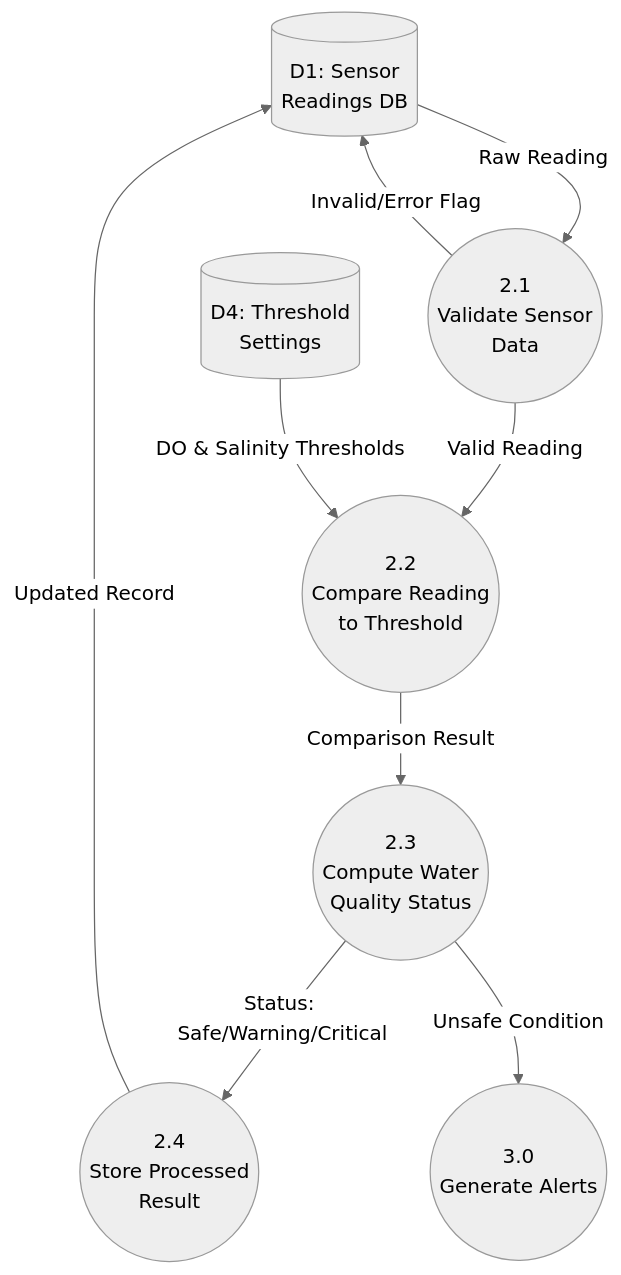
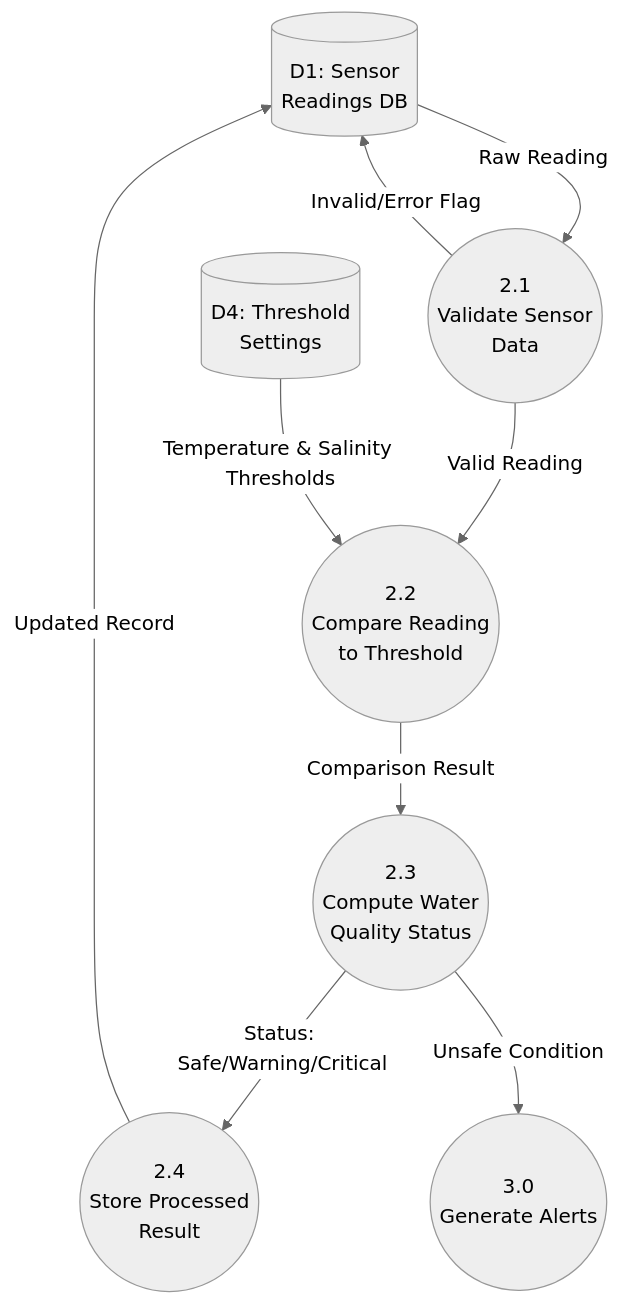
Before and after one commit to belarminoivan48-crypto/AquaTherm: the third of 3 diagrams in Graphs_and_Charts/01_DFD.md, drawn with Mermaid (neutral theme). The commit also changed other lines of this file and 6 other files, not shown here.

````diff
--- a/Graphs_and_Charts/01_DFD.md
+++ b/Graphs_and_Charts/01_DFD.md
@@ -66,21 +91,21 @@
 ```mermaid
 flowchart TD
     D1[(D1: Sensor<br/>Readings DB)]
     D4[(D4: Threshold<br/>Settings)]
 
     P21((2.1<br/>Validate Sensor<br/>Data))
     P22((2.2<br/>Compare Reading<br/>to Threshold))
     P23((2.3<br/>Compute Water<br/>Quality Status))
     P24((2.4<br/>Store Processed<br/>Result))
 
     P3((3.0<br/>Generate Alerts))
 
     D1 -->|Raw Reading| P21
     P21 -->|Valid Reading| P22
     P21 -->|Invalid/Error Flag| D1
-    D4 -->|DO & Salinity Thresholds| P22
+    D4 -->|Temperature & Salinity Thresholds| P22
     P22 -->|Comparison Result| P23
     P23 -->|Status: Safe/Warning/Critical| P24
     P24 -->|Updated Record| D1
     P23 -->|Unsafe Condition| P3
 ```
````
